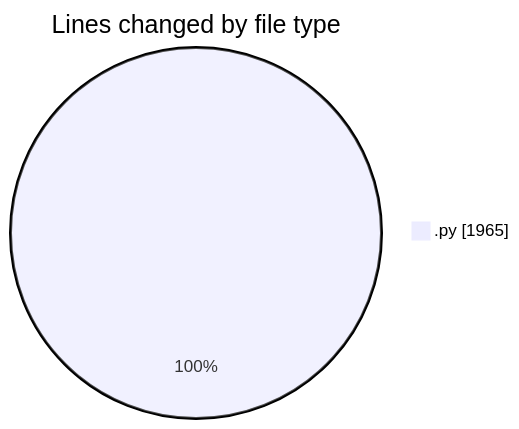
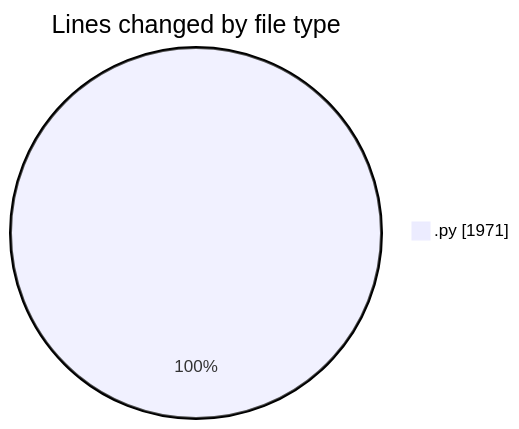
One commit to julien-gomy/code-tracking changed the first of 2 diagrams in 2025-10-23/eventscop-api-guide__workspace_/README.md. Above: the diagram before and after it, drawn with Mermaid. The commit also changed other lines of this file and 1 other file, not shown here.

````diff
--- a/2025-10-23/eventscop-api-guide__workspace_/README.md
+++ b/2025-10-23/eventscop-api-guide__workspace_/README.md
@@ -22,5 +22,5 @@
 ```mermaid
 pie showData
 title Lines changed by file type
-".py" : 1965
+".py" : 1971
 ```
````
